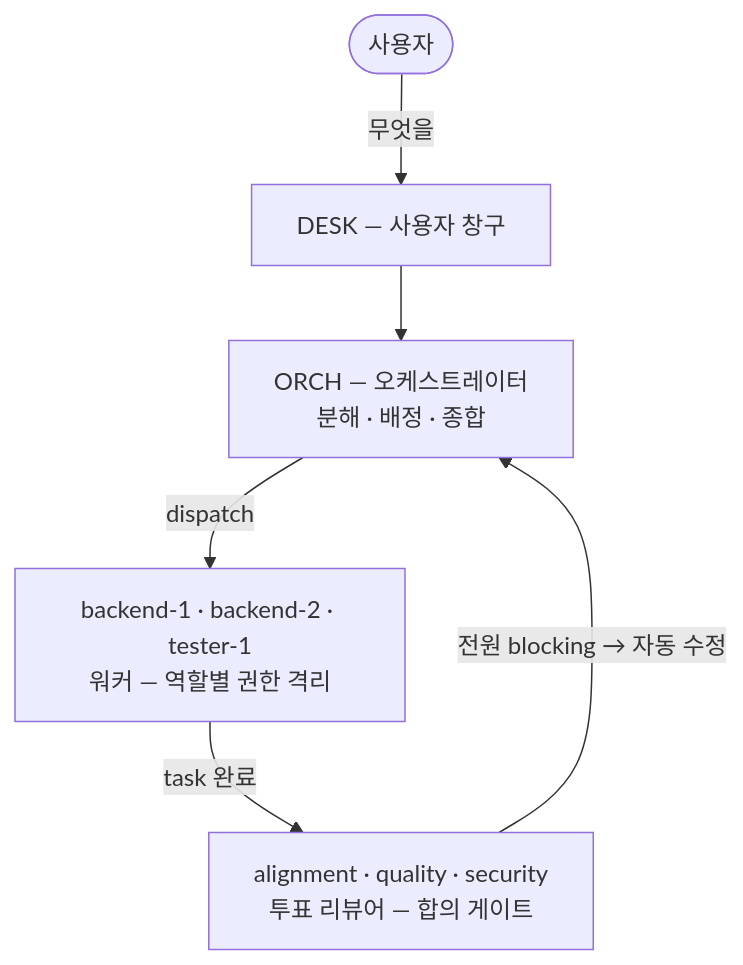
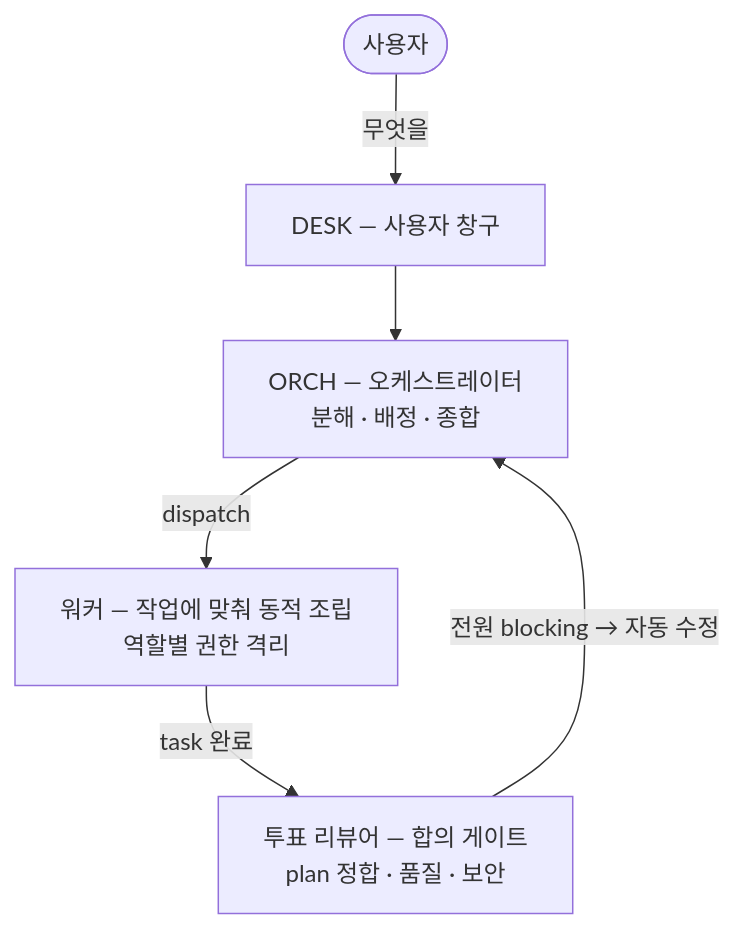
The diagram in README.md (taehyunan-99/awa), drawn with Mermaid before and after one commit. The commit also changed other lines of this file and 1 other file, not shown here.

````diff
--- a/README.md
+++ b/README.md
@@ -28,8 +28,8 @@
 ```mermaid
 flowchart TB
     USER(["사용자"]) -->|"무엇을"| DESK["DESK — 사용자 창구"]
     DESK --> ORCH["ORCH — 오케스트레이터<br/>분해 · 배정 · 종합"]
-    ORCH -->|"dispatch"| W["backend-1 · backend-2 · tester-1<br/>워커 — 역할별 권한 격리"]
-    W -->|"task 완료"| R["alignment · quality · security<br/>투표 리뷰어 — 합의 게이트"]
+    ORCH -->|"dispatch"| W["워커 — 작업에 맞춰 동적 조립<br/>역할별 권한 격리"]
+    W -->|"task 완료"| R["투표 리뷰어 — 합의 게이트<br/>plan 정합 · 품질 · 보안"]
     R -->|"전원 blocking → 자동 수정"| ORCH
 ```
````
